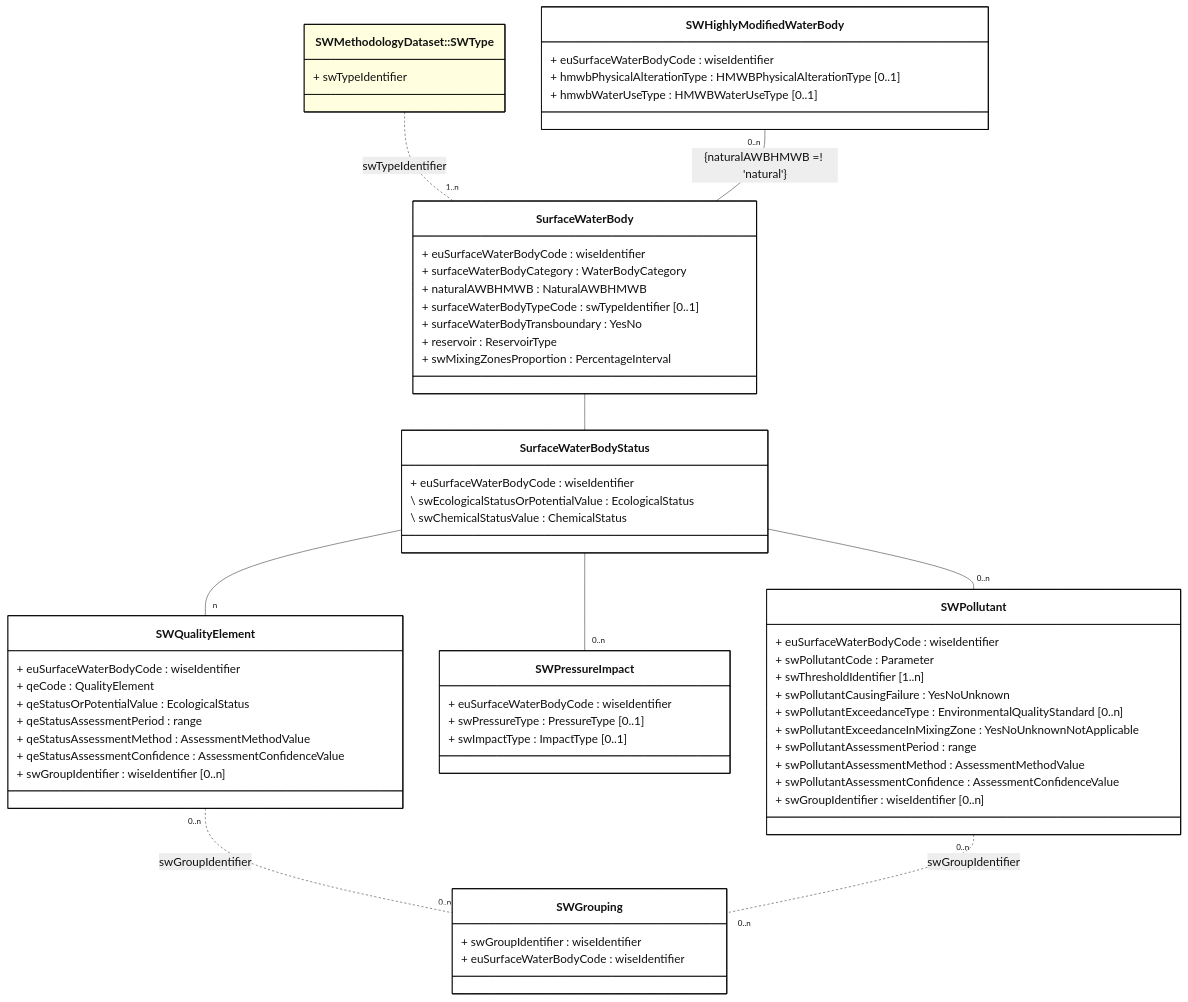
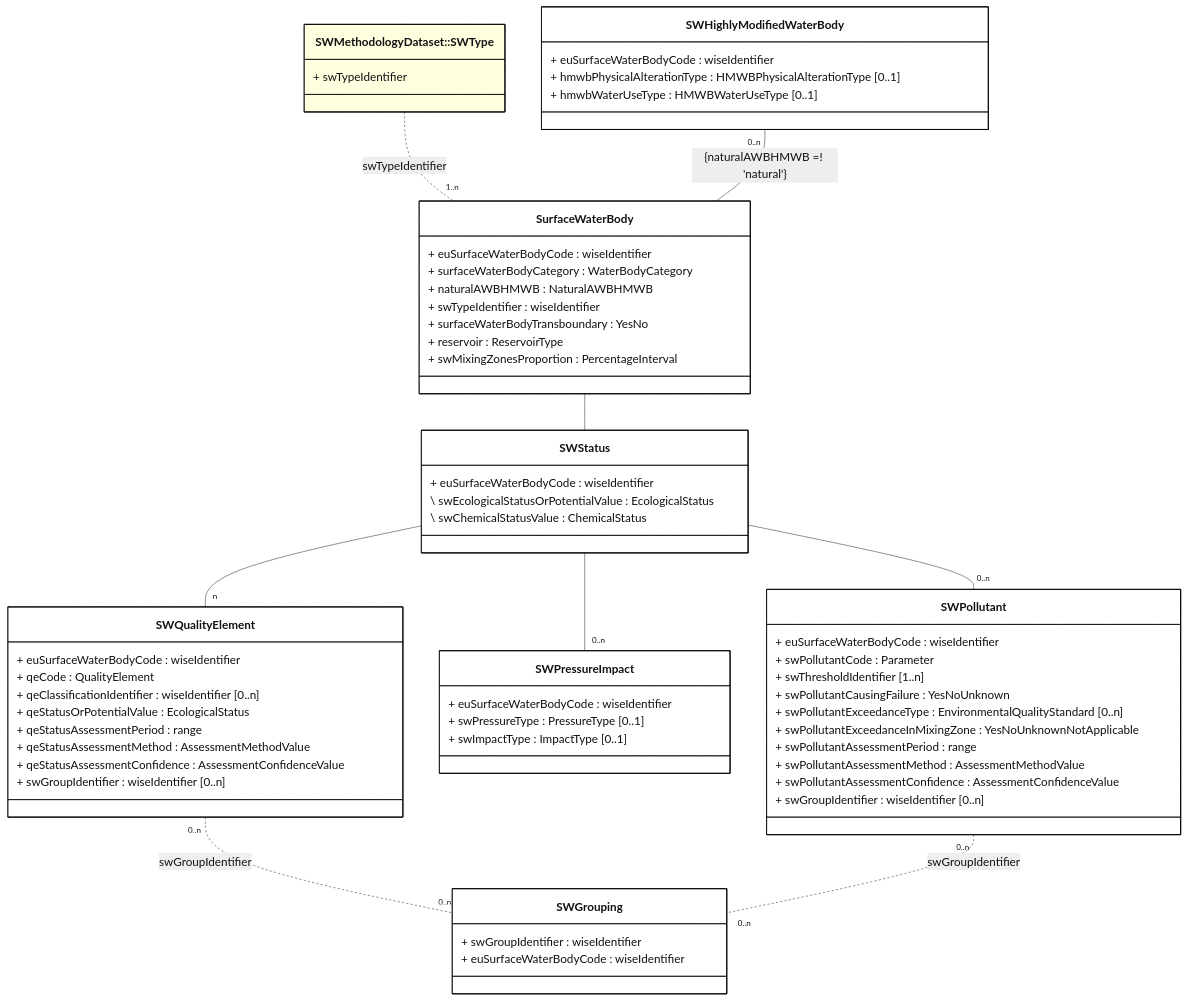
One commit to eeadata/WISE.WFD.Documentation changed the diagram in docs/DataModelReview/mmd/SurfaceWater_4thCycle_DescriptiveData_ClassDiagram.mmd. Above: the diagram before and after it, drawn with Mermaid. The commit also changed 9 other files, not shown here.

```diff
--- a/docs/DataModelReview/mmd/SurfaceWater_4thCycle_DescriptiveData_ClassDiagram.mmd
+++ b/docs/DataModelReview/mmd/SurfaceWater_4thCycle_DescriptiveData_ClassDiagram.mmd
@@ -1,83 +1,84 @@
 ---
 config:
   class:
     hideEmptyMembersBox: true
   layout: dagre
   theme: neutral
 ---
 classDiagram
 direction TB
 
 class SurfaceWaterBody {
     + euSurfaceWaterBodyCode : wiseIdentifier
     + surfaceWaterBodyCategory : WaterBodyCategory
     + naturalAWBHMWB : NaturalAWBHMWB
-    + surfaceWaterBodyTypeCode : swTypeIdentifier [0..1]
+    + swTypeIdentifier : wiseIdentifier
     + surfaceWaterBodyTransboundary : YesNo
     + reservoir : ReservoirType
     + swMixingZonesProportion : PercentageInterval
 }
 
-class SurfaceWaterBodyStatus {
+class SWStatus {
     + euSurfaceWaterBodyCode : wiseIdentifier
     \ swEcologicalStatusOrPotentialValue : EcologicalStatus
     \ swChemicalStatusValue : ChemicalStatus
 }
 
 class SWPollutant {
     + euSurfaceWaterBodyCode : wiseIdentifier
     + swPollutantCode : Parameter
     + swThresholdIdentifier [1..n]
     + swPollutantCausingFailure : YesNoUnknown
     + swPollutantExceedanceType : EnvironmentalQualityStandard [0..n]
     + swPollutantExceedanceInMixingZone : YesNoUnknownNotApplicable
     
     + swPollutantAssessmentPeriod : range
     + swPollutantAssessmentMethod : AssessmentMethodValue
     + swPollutantAssessmentConfidence : AssessmentConfidenceValue
     + swGroupIdentifier : wiseIdentifier [0..n]
 }
 
 class SWPressureImpact {
     + euSurfaceWaterBodyCode : wiseIdentifier
     + swPressureType : PressureType [0..1]
     + swImpactType : ImpactType  [0..1]
 }
 
 class SWHighlyModifiedWaterBody {
     + euSurfaceWaterBodyCode : wiseIdentifier
     + hmwbPhysicalAlterationType : HMWBPhysicalAlterationType [0..1]
     + hmwbWaterUseType : HMWBWaterUseType [0..1]
 }
 
 class SWQualityElement{
     + euSurfaceWaterBodyCode : wiseIdentifier
     + qeCode : QualityElement
+    + qeClassificationIdentifier : wiseIdentifier [0..n]
     + qeStatusOrPotentialValue : EcologicalStatus
     + qeStatusAssessmentPeriod : range
     + qeStatusAssessmentMethod : AssessmentMethodValue
     + qeStatusAssessmentConfidence : AssessmentConfidenceValue
     + swGroupIdentifier : wiseIdentifier [0..n]
 }
 class SWGrouping{
     + swGroupIdentifier : wiseIdentifier
     + euSurfaceWaterBodyCode : wiseIdentifier
 }
 
 class SWType ["SWMethodologyDataset::SWType"]:::otherDataset{
 + swTypeIdentifier
 }
 
 SWType .. "1..n" SurfaceWaterBody : swTypeIdentifier
 SWHighlyModifiedWaterBody "0..n" -- SurfaceWaterBody : {naturalAWBHMWB =! 'natural'}
-SurfaceWaterBody -- SurfaceWaterBodyStatus
-SurfaceWaterBodyStatus -- "n" SWQualityElement
-SurfaceWaterBodyStatus -- "0..n" SWPressureImpact
-SurfaceWaterBodyStatus -- "0..n" SWPollutant
+SurfaceWaterBody -- SWStatus
+SWStatus -- "n" SWQualityElement
+SWStatus -- "0..n" SWPressureImpact
+SWStatus -- "0..n" SWPollutant
 
 SWQualityElement "0..n" .. "0..n" SWGrouping : swGroupIdentifier
 SWPollutant "0..n" .. "0..n" SWGrouping : swGroupIdentifier
 
 classDef default fill:white,stroke:#000;
 classDef forFixing fill:white,stroke:#f00;
 classDef otherDataset fill:lightyellow,stroke:#000;
```
